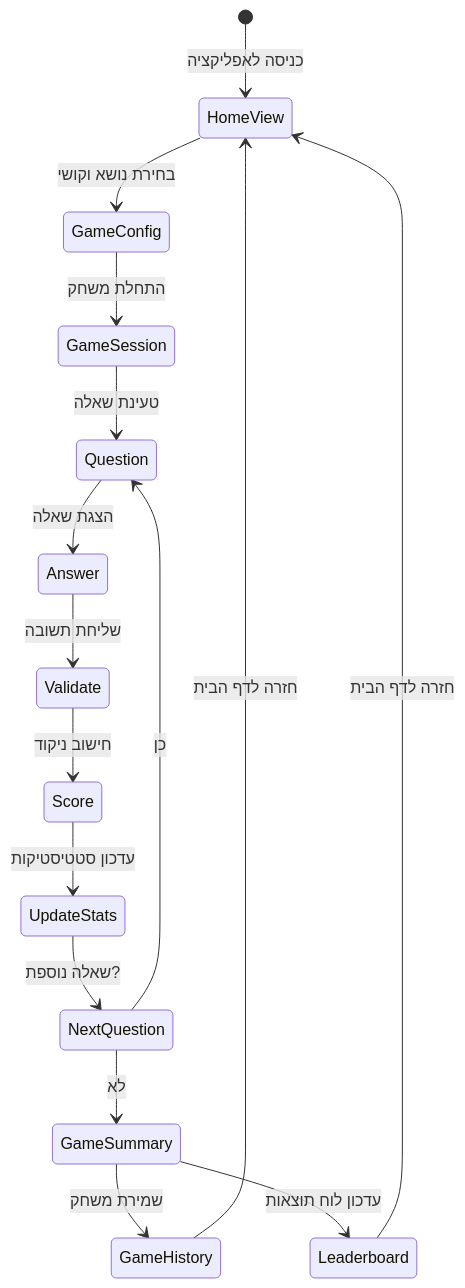
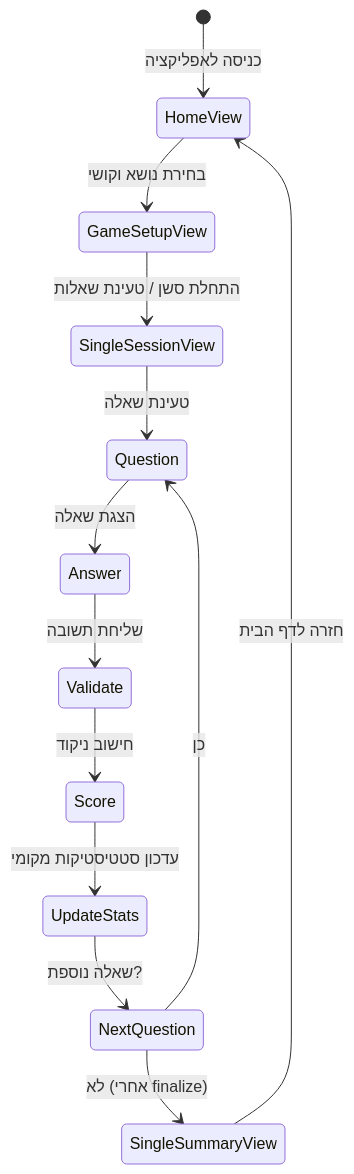
Before and after one commit to IsraelRub/EveryTriv: diagram 13 of 31 in docs/DIAGRAMS.md, drawn with Mermaid. The commit also changed other lines of this file and 148 other files, not shown here.

First line of the commit message:
feat: email-gated profile, game text gate, session/multiplayer flows, Newman sync

````diff
--- a/docs/DIAGRAMS.md
+++ b/docs/DIAGRAMS.md
@@ -807,18 +859,15 @@
 ```mermaid
 stateDiagram-v2
     [*] --> HomeView: כניסה לאפליקציה
-    HomeView --> GameConfig: בחירת נושא וקושי
-    GameConfig --> GameSession: התחלת משחק
-    GameSession --> Question: טעינת שאלה
+    HomeView --> GameSetupView: בחירת נושא וקושי
+    GameSetupView --> SingleSessionView: התחלת סשן / טעינת שאלות
+    SingleSessionView --> Question: טעינת שאלה
     Question --> Answer: הצגת שאלה
     Answer --> Validate: שליחת תשובה
     Validate --> Score: חישוב ניקוד
-    Score --> UpdateStats: עדכון סטטיסטיקות
+    Score --> UpdateStats: עדכון סטטיסטיקות מקומי
     UpdateStats --> NextQuestion: שאלה נוספת?
     NextQuestion --> Question: כן
-    NextQuestion --> GameSummary: לא
-    GameSummary --> GameHistory: שמירת משחק
-    GameSummary --> Leaderboard: עדכון לוח תוצאות
-    Leaderboard --> HomeView: חזרה לדף הבית
-    GameHistory --> HomeView: חזרה לדף הבית
+    NextQuestion --> SingleSummaryView: לא (אחרי finalize)
+    SingleSummaryView --> HomeView: חזרה לדף הבית
 ```
````
